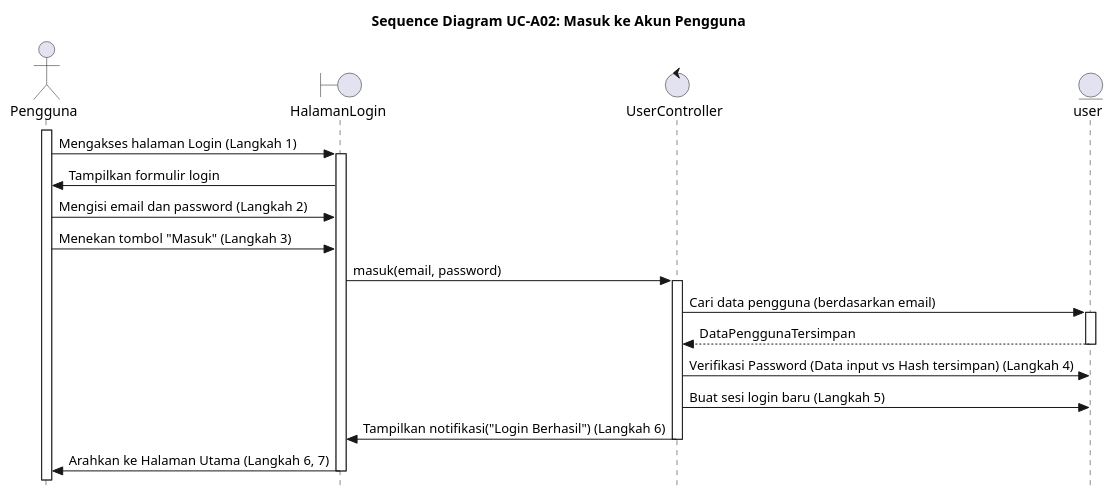
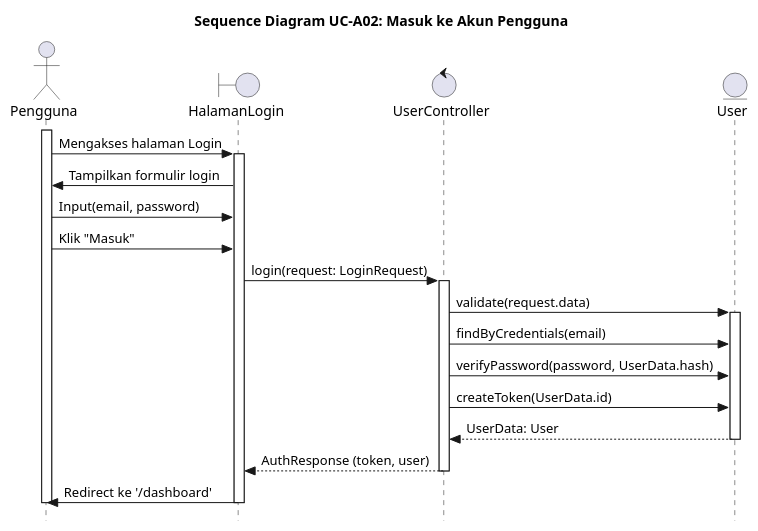
The diagram in UC-A02.PUML (alfiahnurfa/RSI-PROYEK-AKHIR-SEQUENCE), drawn with PlantUML before and after one commit. The commit also changed 60 other files, not shown here.

```diff
--- a/UC-A02.PUML
+++ b/UC-A02.PUML
@@ -1,58 +1,44 @@
 @startuml SD-UC-A02_Login
 title Sequence Diagram UC-A02: Masuk ke Akun Pengguna
 skinparam style strictuml
 
 actor Pengguna
 boundary HalamanLogin
 control UserController
-entity user
-
-' box "Sistem Otentikasi"
-'     participant HalamanLogin
-'     participant UserController
-' end box
+entity User
 
 activate Pengguna
-Pengguna -> HalamanLogin : Mengakses halaman Login (Langkah 1)
+Pengguna -> HalamanLogin : Mengakses halaman Login
 activate HalamanLogin
 
 HalamanLogin -> Pengguna : Tampilkan formulir login
 
-Pengguna -> HalamanLogin : Mengisi email dan password (Langkah 2)
+Pengguna -> HalamanLogin : Input(email, password)
 
-Pengguna -> HalamanLogin : Menekan tombol "Masuk" (Langkah 3)
+Pengguna -> HalamanLogin : Klik "Masuk"
 
-HalamanLogin -> UserController : masuk(email, password)
+HalamanLogin -> UserController : login(request: LoginRequest)
 activate UserController
 
-UserController -> user : Cari data pengguna (berdasarkan email)
-activate user
-return DataPenggunaTersimpan
+UserController -> User : validate(request.data)
+activate User
 
-UserController -> user : Verifikasi Password (Data input vs Hash tersimpan) (Langkah 4)
+UserController -> User : findByCredentials(email)
 
-    UserController -> user : Buat sesi login baru (Langkah 5)
-    
-    UserController -> HalamanLogin : Tampilkan notifikasi("Login Berhasil") (Langkah 6)
-    deactivate UserController
-    
-    HalamanLogin -> Pengguna : Arahkan ke Halaman Utama (Langkah 6, 7)
-    deactivate HalamanLogin
 
-' alt Jika Verifikasi Gagal (Alternative Flow 4.a)
-'     UserController -> HalamanLogin : Tampilkan notifikasi("Login Gagal, Email/Password Salah.") (Langkah 4.b)
-'     deactivate UserController
-    
-'     HalamanLogin -> Pengguna : Tampilkan notifikasi gagal
-    
-'     note over Pengguna, HalamanLogin
-'         Memperbaiki kredensial atau opsi Lupa Password (Langkah 4.c)
-'         Kembali ke Langkah 2 (Langkah 4.d)
-'     end note
-' else Jika Verifikasi Berhasil (Main Flow)
+UserController -> User : verifyPassword(password, UserData.hash)
 
-' end alt
+UserController -> User : createToken(UserData.id)
 
-deactivate user
+User --> UserController : UserData: User
+
+deactivate User
+
+UserController --> HalamanLogin : AuthResponse (token, user)
+deactivate UserController
+
+HalamanLogin -> Pengguna : Redirect ke '/dashboard'
+deactivate HalamanLogin
+deactivate Pengguna
 
 @enduml
```
